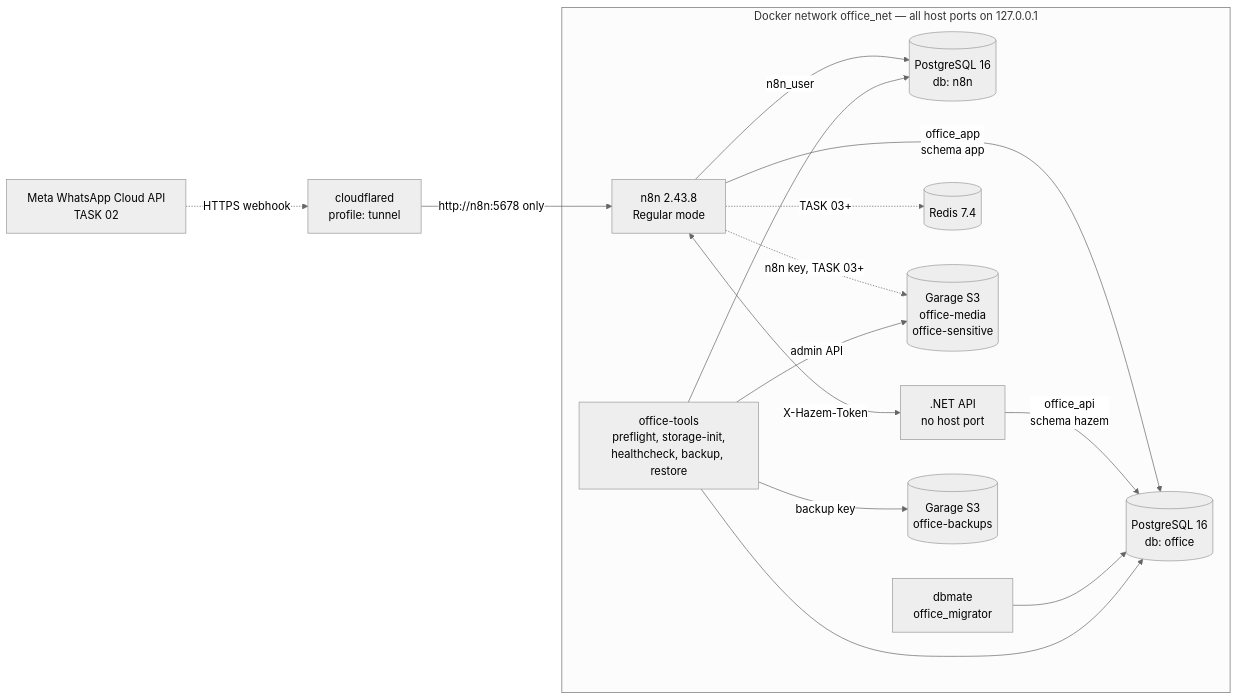
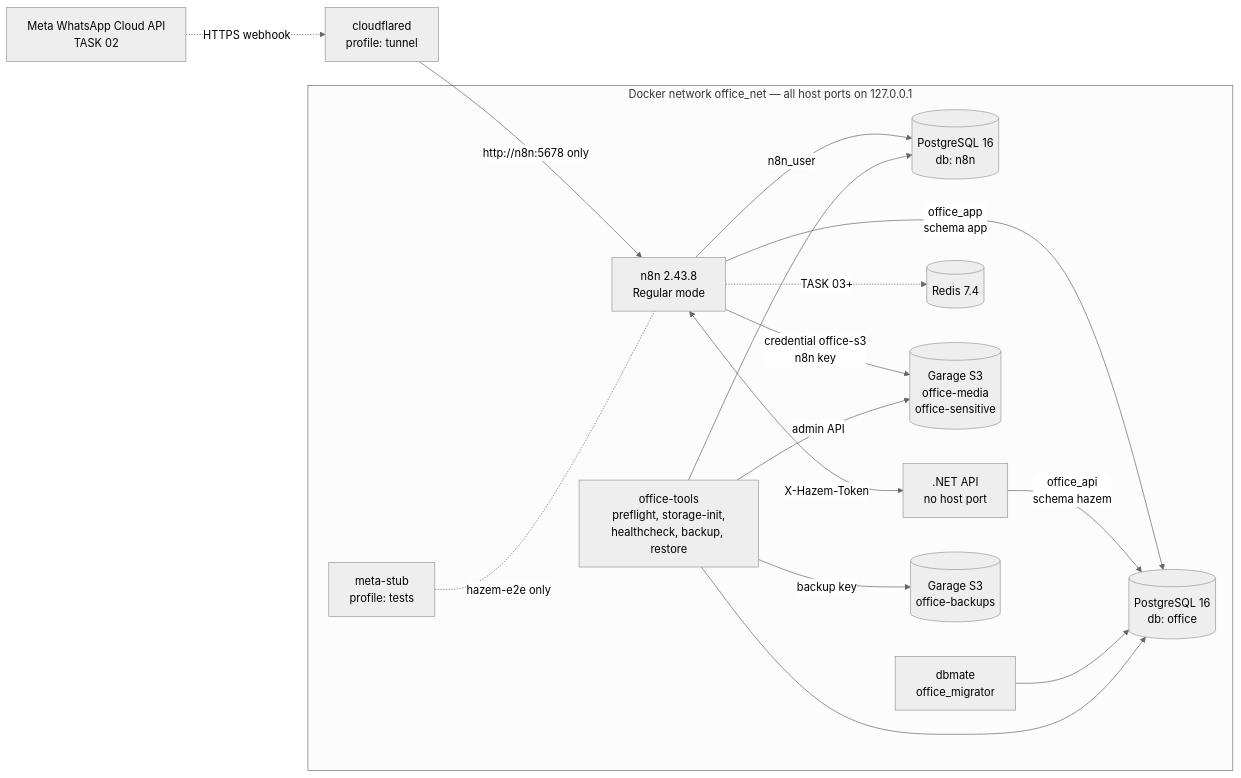
Before and after one commit to LegalAI-Platform/Office_chatbot: the diagram in docs/infrastructure.md, drawn with Mermaid (neutral theme). The commit also changed other lines of this file and 44 other files, not shown here.

First line of the commit message:
TASK 03: 8-second grouping, media to S3, voice transcription

````diff
--- a/docs/infrastructure.md
+++ b/docs/infrastructure.md
@@ -8,19 +8,20 @@
 ```mermaid
 flowchart LR
     META[Meta WhatsApp Cloud API<br/>TASK 02] -. HTTPS webhook .-> CF[cloudflared<br/>profile: tunnel]
     CF -->|http://n8n:5678 only| N8N[n8n 2.43.8<br/>Regular mode]
 
     subgraph office_net [Docker network office_net — all host ports on 127.0.0.1]
         N8N -->|n8n_user| PGN[(PostgreSQL 16<br/>db: n8n)]
         N8N -->|office_app<br/>schema app| PGO[(PostgreSQL 16<br/>db: office)]
         N8N <-->|X-Hazem-Token| API[.NET API<br/>no host port]
         API -->|office_api<br/>schema hazem| PGO
         N8N -. TASK 03+ .-> REDIS[(Redis 7.4)]
-        N8N -. n8n key, TASK 03+ .-> S3[(Garage S3<br/>office-media<br/>office-sensitive)]
+        N8N -->|credential office-s3<br/>n8n key| S3[(Garage S3<br/>office-media<br/>office-sensitive)]
+        STUB[meta-stub<br/>profile: tests] -. hazem-e2e only .- N8N
         MIG[dbmate<br/>office_migrator] --> PGO
         TOOLS[office-tools<br/>preflight, storage-init,<br/>healthcheck, backup, restore] --> PGN
         TOOLS --> PGO
         TOOLS -->|backup key| BK[(Garage S3<br/>office-backups)]
         TOOLS -->|admin API| S3
     end
 ```
````
